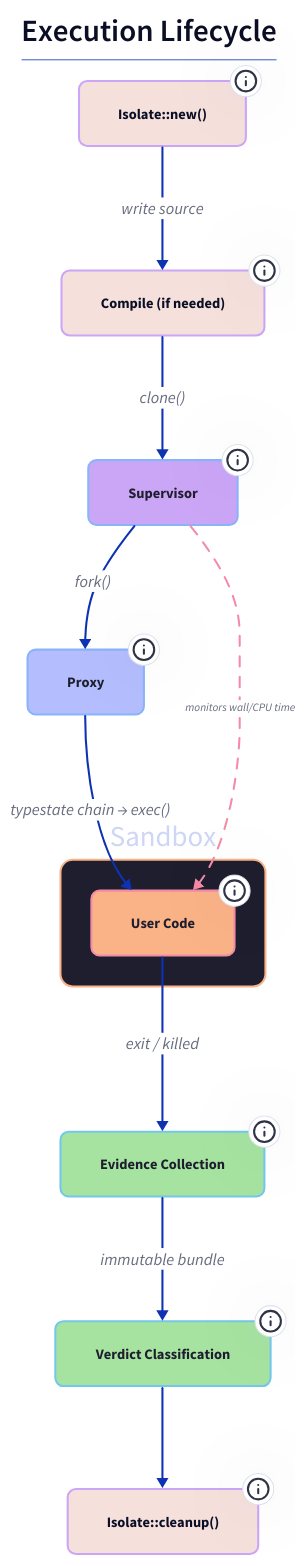
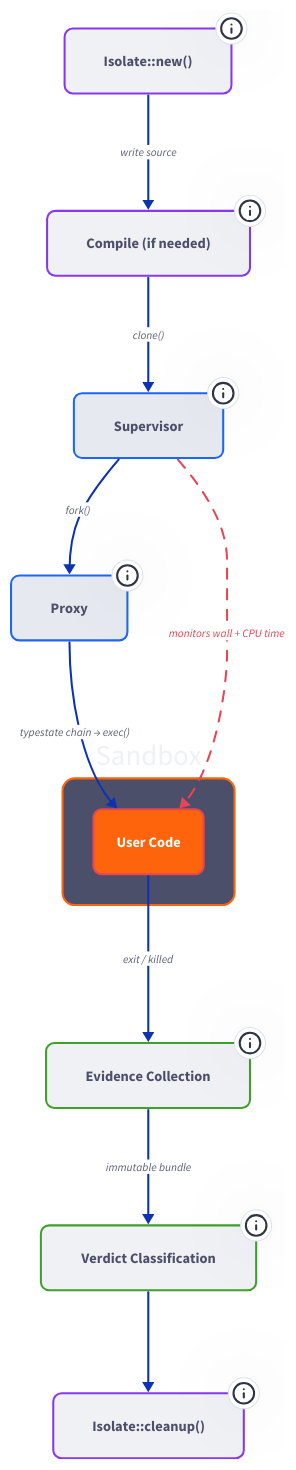
Before and after one commit to orkait/rustbox: the diagram in docs-site/src/assets/diagrams/lifecycle.d2, drawn with D2. The commit also changed 8 other files, not shown here.

First line of the commit message:
docs: fix diagram contrast, add snake typestate, module map

```diff
--- a/docs-site/src/assets/diagrams/lifecycle.d2
+++ b/docs-site/src/assets/diagrams/lifecycle.d2
@@ -1,108 +1,104 @@
 direction: down
-
-title: |md
-  ## Execution Lifecycle
-| {
-  near: top-center
-  style.font-size: 20
-}
 
 setup: {
   label: "Isolate::new()"
   tooltip: "Allocate UID, create cgroup, capture baseline"
-  style.fill: "#f5e0dc"
-  style.stroke: "#cba6f7"
+  style.fill: "#eff1f5"
+  style.stroke: "#8839ef"
+  style.font-color: "#4c4f69"
   style.border-radius: 8
   style.font-size: 14
 }
 
 compile: {
   label: "Compile (if needed)"
-  tooltip: "C++: g++ outside sandbox. Java: javac. Python: skip"
-  style.fill: "#f5e0dc"
-  style.stroke: "#cba6f7"
+  tooltip: "C++: g++ outside sandbox. Java: javac"
+  style.fill: "#eff1f5"
+  style.stroke: "#8839ef"
+  style.font-color: "#4c4f69"
   style.border-radius: 8
   style.font-size: 14
 }
 
 supervisor: {
   label: "Supervisor"
   tooltip: "clone() into new namespaces"
-  style.fill: "#cba6f7"
-  style.stroke: "#89b4fa"
-  style.font-color: "#1e1e2e"
+  style.fill: "#e6e9ef"
+  style.stroke: "#1e66f5"
+  style.font-color: "#4c4f69"
   style.border-radius: 8
   style.font-size: 14
 }
 
 proxy: {
   label: "Proxy"
   tooltip: "fork() payload through typestate chain"
-  style.fill: "#b4befe"
-  style.stroke: "#89b4fa"
-  style.font-color: "#1e1e2e"
+  style.fill: "#e6e9ef"
+  style.stroke: "#1e66f5"
+  style.font-color: "#4c4f69"
   style.border-radius: 8
   style.font-size: 14
 }
 
 sandbox: {
   label: "Sandbox"
-  style.fill: "#1e1e2e"
-  style.stroke: "#fab387"
+  style.fill: "#4c4f69"
+  style.stroke: "#fe640b"
+  style.font-color: "#eff1f5"
   style.border-radius: 12
-  style.font-color: "#cdd6f4"
 
   payload: {
     label: "User Code"
-    tooltip: "Runs inside: namespaces + chroot + cgroup + seccomp"
-    style.fill: "#fab387"
-    style.stroke: "#f38ba8"
-    style.font-color: "#1e1e2e"
+    style.fill: "#fe640b"
+    style.stroke: "#e64553"
+    style.font-color: "#ffffff"
     style.border-radius: 8
     style.font-size: 14
     style.bold: true
   }
 }
 
 evidence: {
   label: "Evidence Collection"
-  tooltip: "cgroup stats, wait status, timing, process lifecycle"
-  style.fill: "#a6e3a1"
-  style.stroke: "#74c7ec"
-  style.font-color: "#1e1e2e"
+  tooltip: "cgroup stats, wait status, timing"
+  style.fill: "#eff1f5"
+  style.stroke: "#40a02b"
+  style.font-color: "#4c4f69"
   style.border-radius: 8
   style.font-size: 14
 }
 
 verdict: {
   label: "Verdict Classification"
-  tooltip: "Pure function: evidence → (AC, TLE, MLE, RE, SIG, IE)"
-  style.fill: "#a6e3a1"
-  style.stroke: "#74c7ec"
-  style.font-color: "#1e1e2e"
+  tooltip: "Pure function: evidence bundle → verdict"
+  style.fill: "#eff1f5"
+  style.stroke: "#40a02b"
+  style.font-color: "#4c4f69"
   style.border-radius: 8
   style.font-size: 14
 }
 
 cleanup: {
   label: "Isolate::cleanup()"
-  tooltip: "Kill remnants, verify baseline, remove cgroup, wipe workdir, release UID"
-  style.fill: "#f5e0dc"
-  style.stroke: "#cba6f7"
+  tooltip: "Verify baseline, remove cgroup, wipe workdir, release UID"
+  style.fill: "#eff1f5"
+  style.stroke: "#8839ef"
+  style.font-color: "#4c4f69"
   style.border-radius: 8
   style.font-size: 14
 }
 
-setup -> compile: "write source"
-compile -> supervisor: "clone()"
-supervisor -> proxy: "fork()"
-proxy -> sandbox.payload: "typestate chain → exec()"
-sandbox.payload -> evidence: "exit / killed"
-evidence -> verdict: "immutable bundle"
-verdict -> cleanup: ""
+setup -> compile: "write source" {style.font-color: "#5c5f77"; style.font-size: 11}
+compile -> supervisor: "clone()" {style.font-color: "#5c5f77"; style.font-size: 11}
+supervisor -> proxy: "fork()" {style.font-color: "#5c5f77"; style.font-size: 11}
+proxy -> sandbox.payload: "typestate chain → exec()" {style.font-color: "#5c5f77"; style.font-size: 11}
+sandbox.payload -> evidence: "exit / killed" {style.font-color: "#5c5f77"; style.font-size: 11}
+evidence -> verdict: "immutable bundle" {style.font-color: "#5c5f77"; style.font-size: 11}
+verdict -> cleanup {style.font-color: "#5c5f77"}
 
-supervisor -> sandbox.payload: "monitors wall/CPU time" {
-  style.stroke: "#f38ba8"
+supervisor -> sandbox.payload: "monitors wall + CPU time" {
+  style.stroke: "#e64553"
   style.stroke-dash: 5
   style.font-size: 11
+  style.font-color: "#e64553"
 }
```
